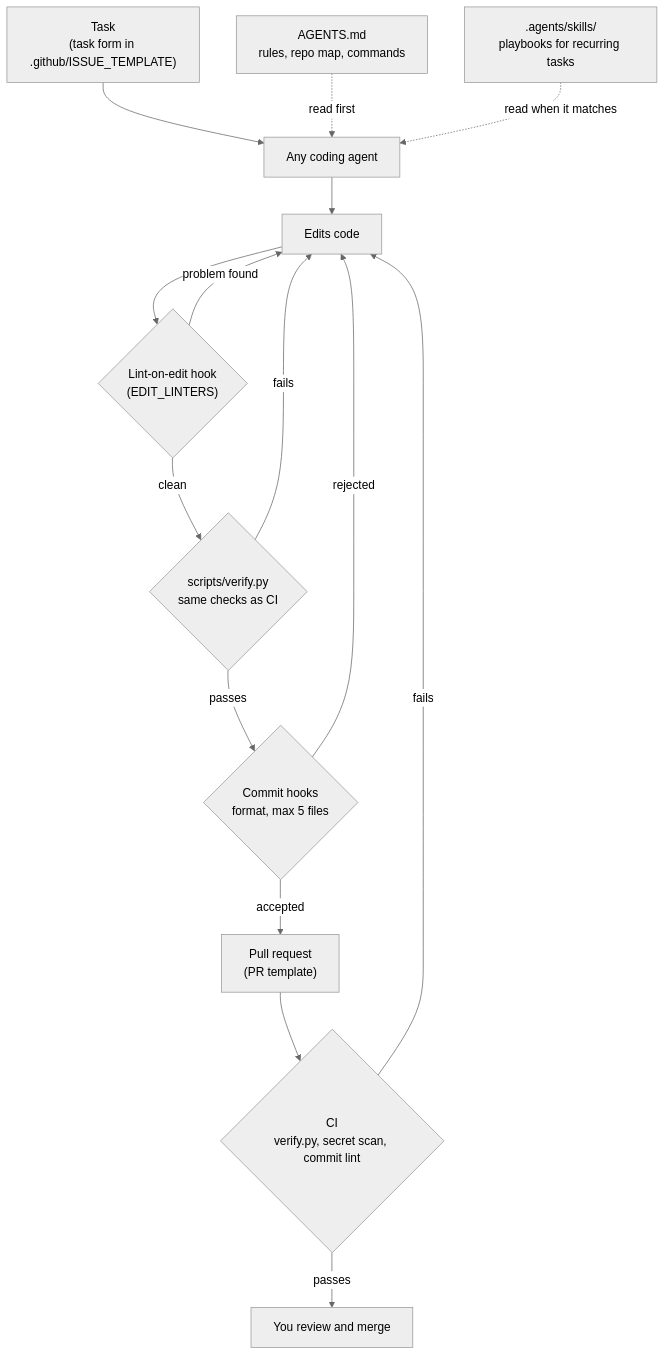
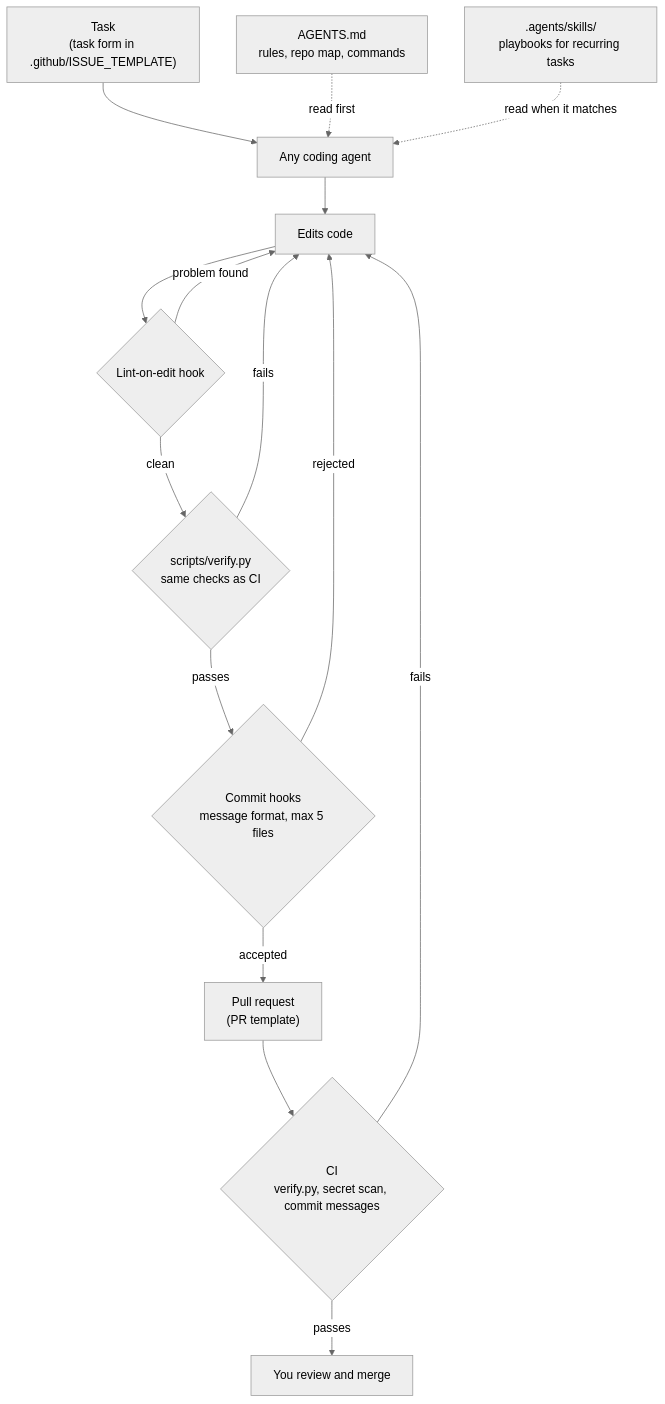
Before and after one commit to luisenriquecgongora/agent-standards: the first of 2 diagrams in README.md, drawn with Mermaid (neutral theme). The commit also changed other lines of this file, not shown here.

````diff
--- a/README.md
+++ b/README.md
@@ -31,17 +37,17 @@
 ```mermaid
 flowchart TD
     task["Task<br/>(task form in .github/ISSUE_TEMPLATE)"] --> agent["Any coding agent"]
     agents["AGENTS.md<br/>rules, repo map, commands"] -.->|read first| agent
     skills[".agents/skills/<br/>playbooks for recurring tasks"] -.->|read when it matches| agent
     agent --> edit["Edits code"]
-    edit --> lint{"Lint-on-edit hook<br/>(EDIT_LINTERS)"}
+    edit --> lint{"Lint-on-edit hook"}
     lint -->|problem found| edit
     lint -->|clean| verify{"scripts/verify.py<br/>same checks as CI"}
     verify -->|fails| edit
-    verify -->|passes| commit{"Commit hooks<br/>format, max 5 files"}
+    verify -->|passes| commit{"Commit hooks<br/>message format, max 5 files"}
     commit -->|rejected| edit
     commit -->|accepted| pr["Pull request<br/>(PR template)"]
-    pr --> ci{"CI<br/>verify.py, secret scan, commit lint"}
+    pr --> ci{"CI<br/>verify.py, secret scan, commit messages"}
     ci -->|fails| edit
     ci -->|passes| review["You review and merge"]
 ```
````
